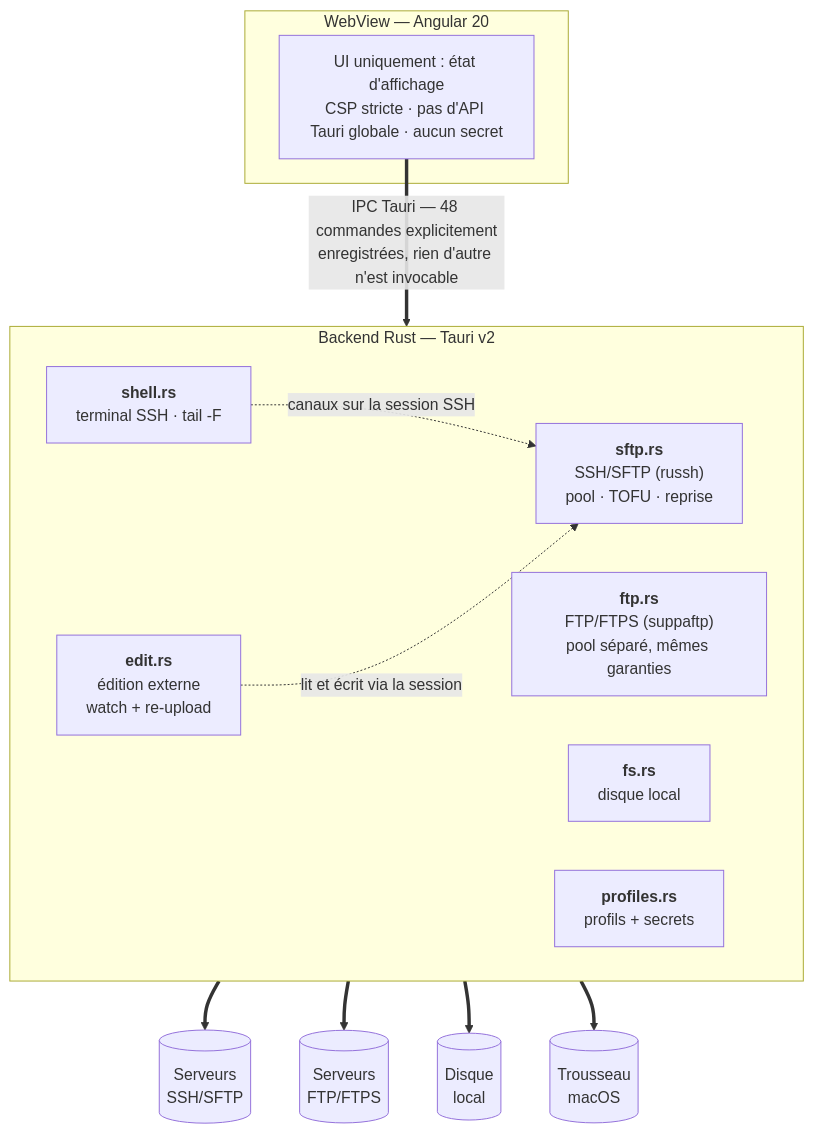
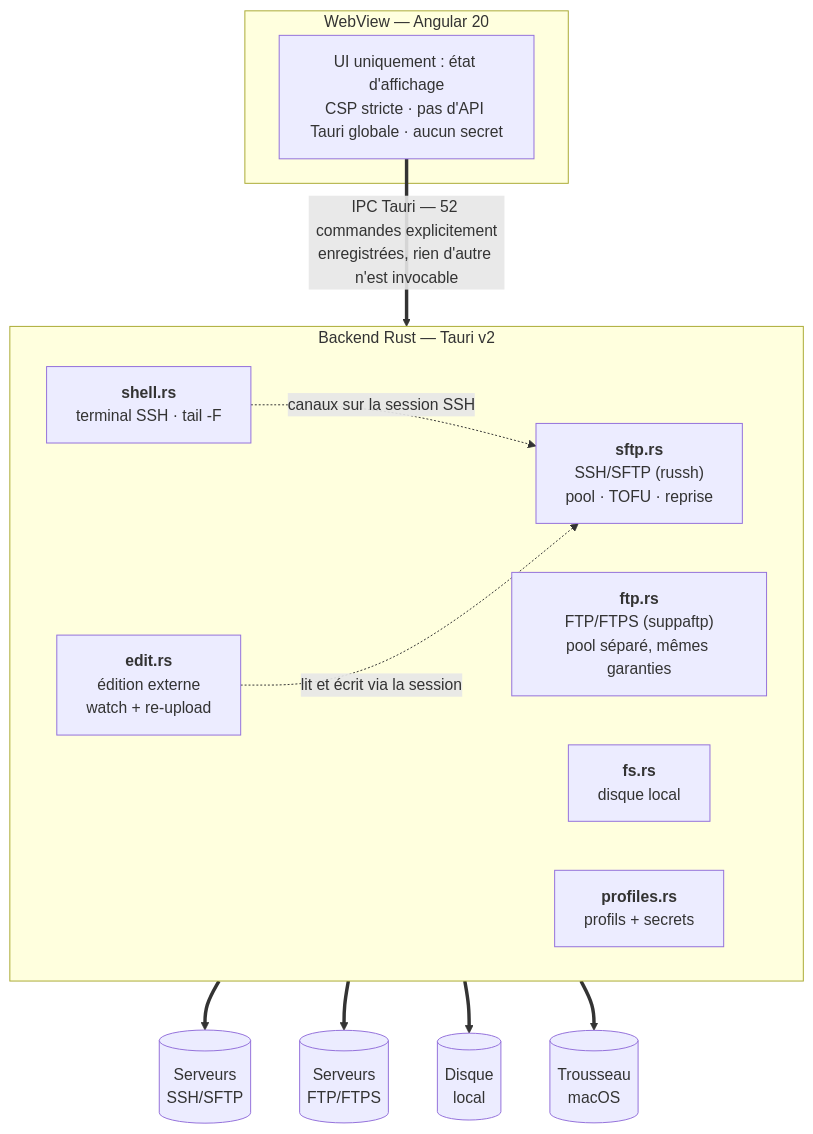
One commit to LucasRaffalli/charon changed the diagram in README.md. Above: the diagram before and after it, drawn with Mermaid. The commit also changed other lines of this file and 7 other files, not shown here.

````diff
--- a/README.md
+++ b/README.md
@@ -100,26 +100,26 @@
 ```mermaid
 flowchart TB
     subgraph webview["WebView — Angular 20"]
         ui["UI uniquement : état d'affichage<br/>CSP stricte · pas d'API Tauri globale · aucun secret"]
     end
 
-    ui =="IPC Tauri — 48 commandes explicitement<br/>enregistrées, rien d'autre n'est invocable"==> backend
+    ui =="IPC Tauri — 52 commandes explicitement<br/>enregistrées, rien d'autre n'est invocable"==> backend
 
     subgraph backend["Backend Rust — Tauri v2"]
         direction LR
         sftp["<b>sftp.rs</b><br/>SSH/SFTP (russh)<br/>pool · TOFU · reprise"]
         ftp["<b>ftp.rs</b><br/>FTP/FTPS (suppaftp)<br/>pool séparé, mêmes garanties"]
         shell["<b>shell.rs</b><br/>terminal SSH · tail -F"]
         edit["<b>edit.rs</b><br/>édition externe<br/>watch + re-upload"]
         fs["<b>fs.rs</b><br/>disque local"]
         profiles["<b>profiles.rs</b><br/>profils + secrets"]
     end
 
     shell -."canaux sur la session SSH".-> sftp
     edit -."lit et écrit via la session".-> sftp
 
     sftp ==> ssh[("Serveurs<br/>SSH/SFTP")]
     ftp ==> ftps[("Serveurs<br/>FTP/FTPS")]
     fs ==> disk[("Disque<br/>local")]
     profiles ==> keychain[("Trousseau<br/>macOS")]
 ```
````
